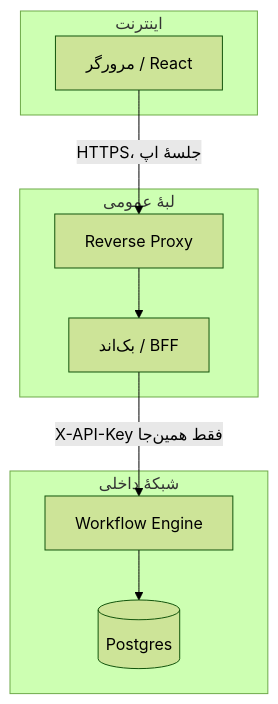
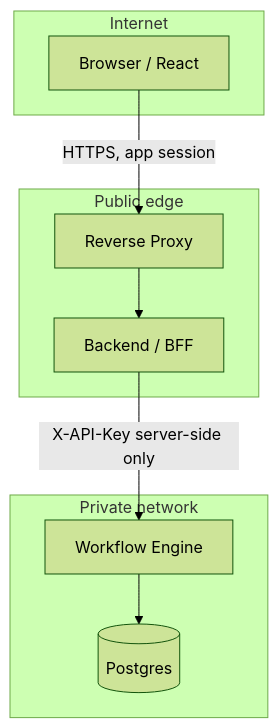
The fifth of 5 diagrams in docs/architecture.md (mortenaho/WorkFlowEngine), drawn with Mermaid (forest theme) before and after one commit. The commit also changed other lines of this file and 3 other files, not shown here.

````diff
--- a/docs/architecture.md
+++ b/docs/architecture.md
@@ -264,17 +286,17 @@
 ```mermaid
 flowchart TB
-  subgraph internet [اینترنت]
-    browser[مرورگر / React]
+  subgraph internet [Internet]
+    browser[Browser / React]
   end
-  subgraph edge [لبهٔ عمومی]
+  subgraph edge [Public edge]
     proxy[Reverse Proxy]
-    app[بک‌اند / BFF]
+    app[Backend / BFF]
   end
-  subgraph private [شبکهٔ داخلی]
+  subgraph private [Private network]
     engine[Workflow Engine]
     db[(Postgres)]
   end
-  browser -->|"HTTPS، جلسهٔ اپ"| proxy --> app
-  app -->|"X-API-Key فقط همین‌جا"| engine
+  browser -->|"HTTPS, app session"| proxy --> app
+  app -->|"X-API-Key server-side only"| engine
   engine --> db
 ```
````
